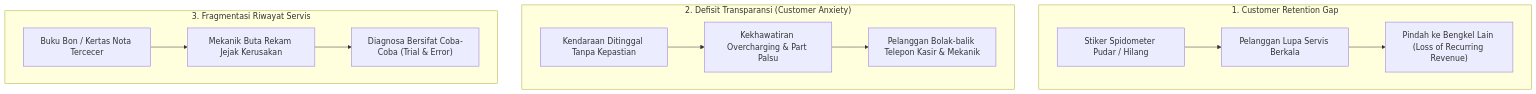
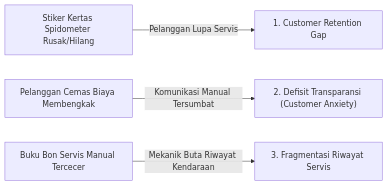
Before and after one commit to PrabuPebe/bengkel-app: the diagram in TUGAS_EKSPLORASI_MIBEBI.md, drawn with Mermaid. The commit also changed other lines of this file and 10 other files, not shown here.

````diff
--- a/TUGAS_EKSPLORASI_MIBEBI.md
+++ b/TUGAS_EKSPLORASI_MIBEBI.md
@@ -234,17 +273,6 @@
 ```mermaid
-flowchart TD
-    subgraph Masalah1["1. Customer Retention Gap"]
-        M1A["Stiker Spidometer Pudar / Hilang"] --> M1B["Pelanggan Lupa Servis Berkala"]
-        M1B --> M1C["Pindah ke Bengkel Lain (Loss of Recurring Revenue)"]
-    end
-
-    subgraph Masalah2["2. Defisit Transparansi (Customer Anxiety)"]
-        M2A["Kendaraan Ditinggal Tanpa Kepastian"] --> M2B["Kekhawatiran Overcharging & Part Palsu"]
-        M2B --> M2C["Pelanggan Bolak-balik Telepon Kasir & Mekanik"]
-    end
-
-    subgraph Masalah3["3. Fragmentasi Riwayat Servis"]
-        M3A["Buku Bon / Kertas Nota Tercecer"] --> M3B["Mekanik Buta Rekam Jejak Kerusakan"]
-        M3B --> M3C["Diagnosa Bersifat Coba-Coba (Trial & Error)"]
-    end
+flowchart LR
+    A["Stiker Kertas Spidometer Rusak/Hilang"] -->|Pelanggan Lupa Servis| P1["1. Customer Retention Gap"]
+    B["Pelanggan Cemas Biaya Membengkak"] -->|Komunikasi Manual Tersumbat| P2["2. Defisit Transparansi (Customer Anxiety)"]
+    C["Buku Bon Servis Manual Tercecer"] -->|Mekanik Buta Riwayat Kendaraan| P3["3. Fragmentasi Riwayat Servis"]
 ```
````
